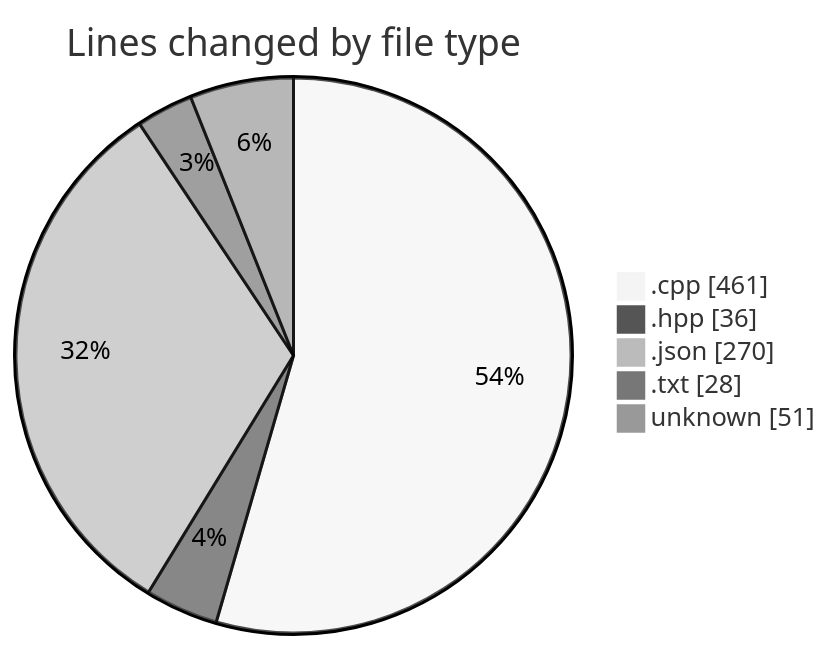
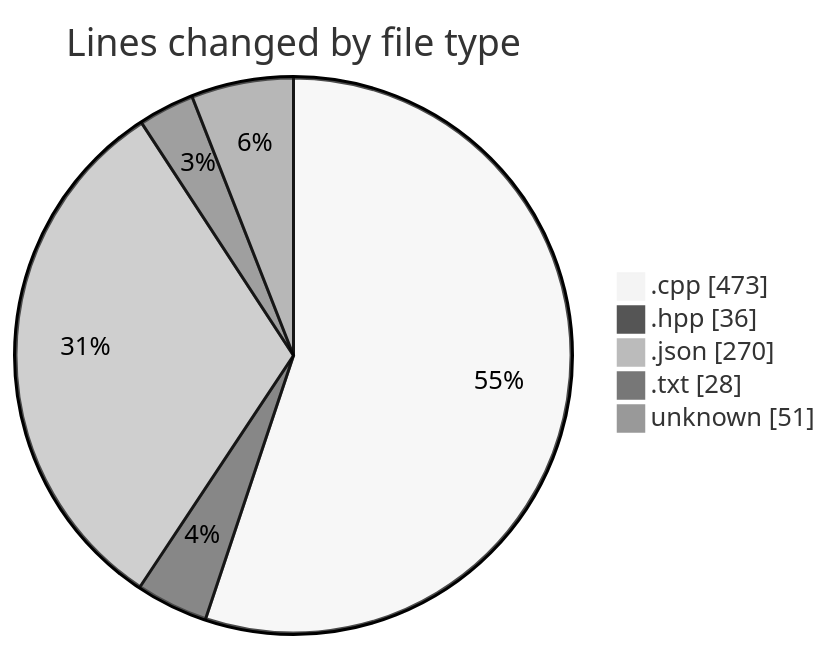
The first of 2 diagrams in 2025-04-06/echo/README.md (Netris89/code-tracking), drawn with Mermaid (neutral theme) before and after one commit. The commit also changed other lines of this file and 1 other file, not shown here.

````diff
--- a/2025-04-06/echo/README.md
+++ b/2025-04-06/echo/README.md
@@ -25,9 +25,9 @@
 ```mermaid
 pie showData
 title Lines changed by file type
-".cpp" : 461
+".cpp" : 473
 ".hpp" : 36
 ".json" : 270
 ".txt" : 28
 "unknown" : 51
 ```
````
